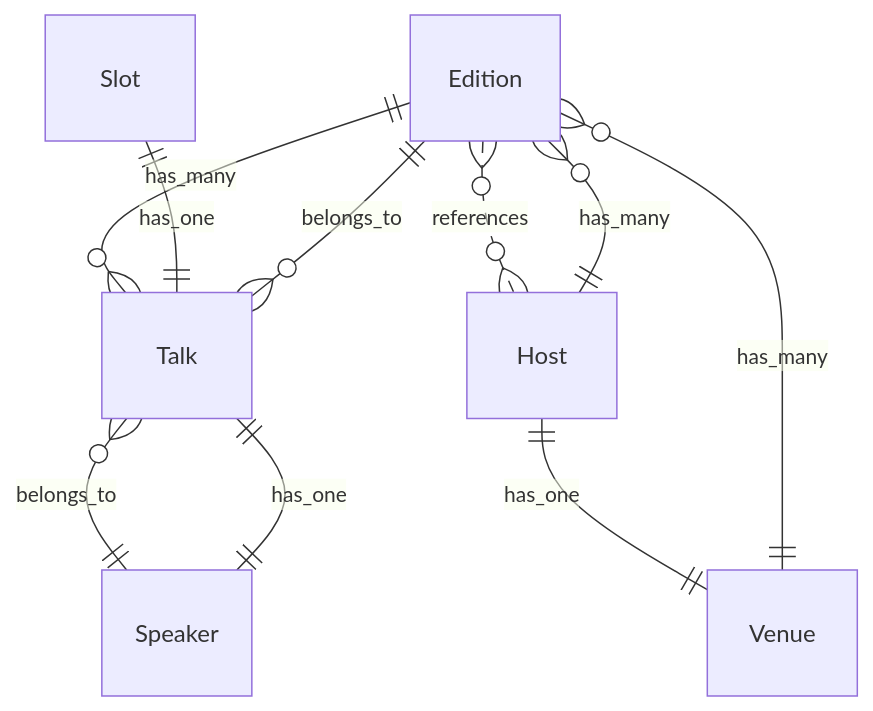
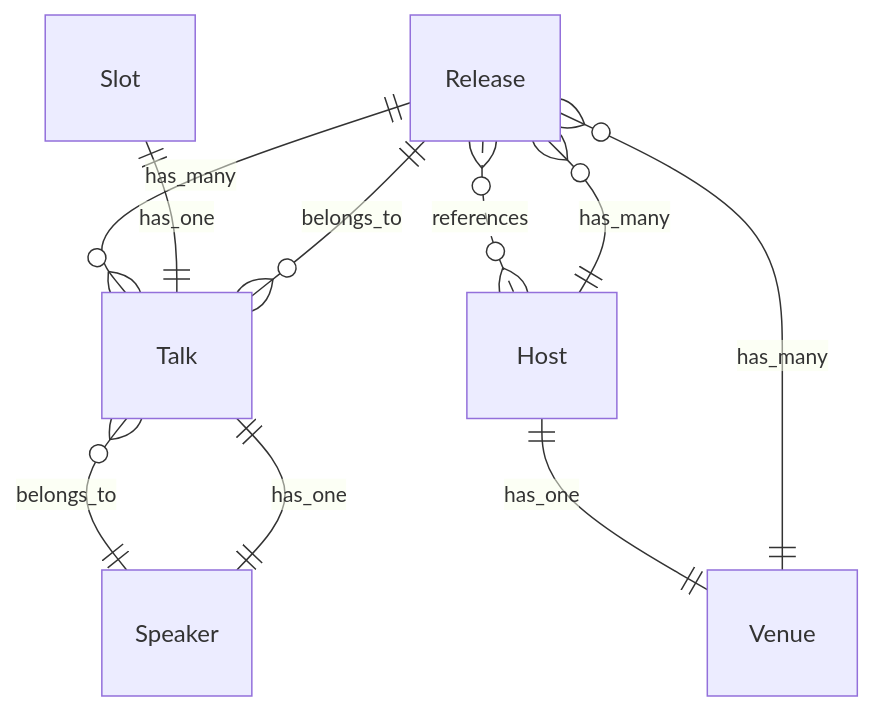
Before and after one commit to webgrip/twente.dev: the diagram in docs/domain/overview.md, drawn with Mermaid. The commit also changed 43 other files, not shown here.

````diff
--- a/docs/domain/overview.md
+++ b/docs/domain/overview.md
@@ -14,18 +14,18 @@
 ```mermaid
 erDiagram
-    Edition {}
+    Release {}
     Talk {}
     Host {}
     Venue {}
     Slot {}
     Speaker {}
-    Edition ||--o{ Talk : has_many
-    Edition }o..o{ Host : references
+    Release ||--o{ Talk : has_many
+    Release }o..o{ Host : references
     Talk }o--|| Speaker : belongs_to
-    Talk }o--|| Edition : belongs_to
-    Host ||--o{ Edition : has_many
+    Talk }o--|| Release : belongs_to
+    Host ||--o{ Release : has_many
     Host ||--|| Venue : has_one
-    Venue ||--o{ Edition : has_many
+    Venue ||--o{ Release : has_many
     Slot ||--|| Talk : has_one
     Speaker ||--|| Talk : has_one
 ```
````
